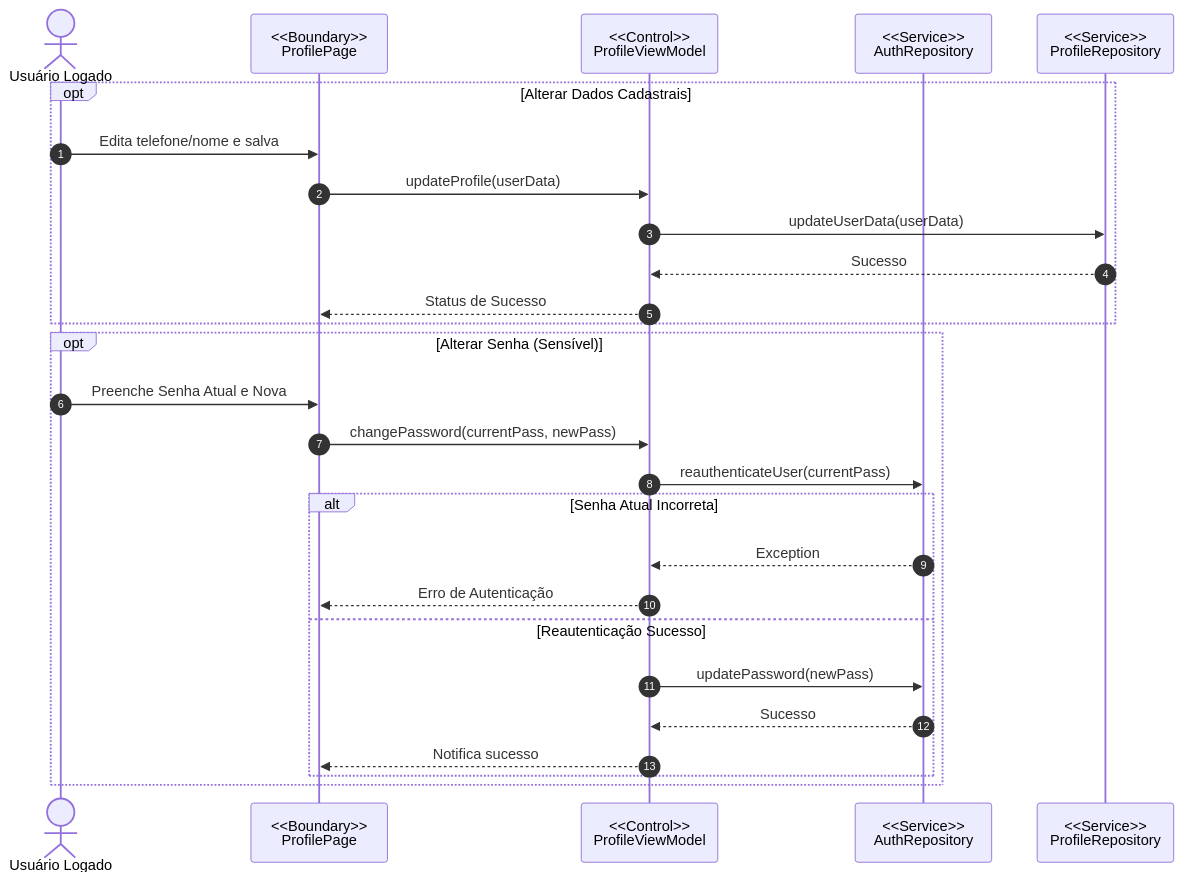
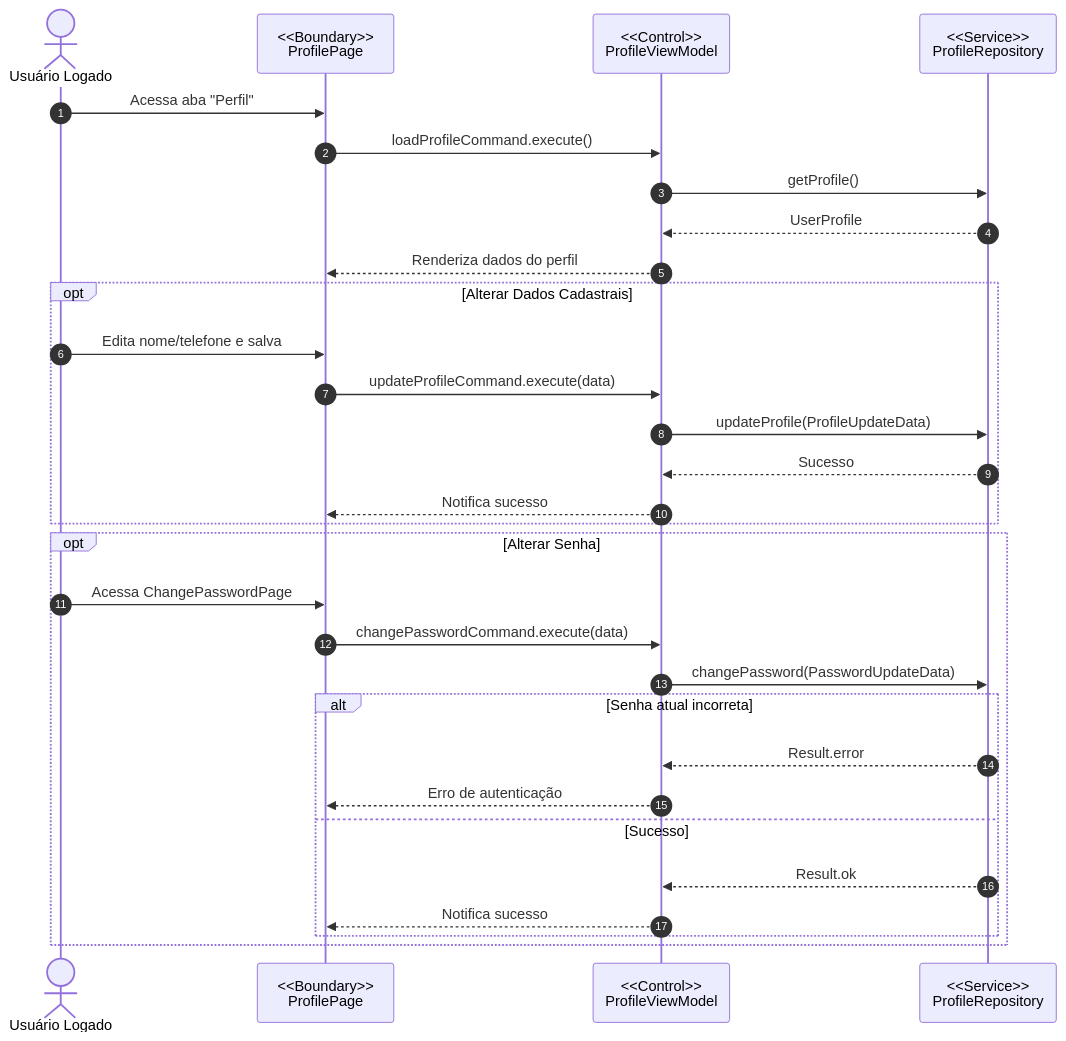
One commit to leandromesq/anasoil changed the sixth of 7 diagrams in docs/documentacao_anasoil.md. Above: the diagram before and after it, drawn with Mermaid. The commit also changed other lines of this file and 1 other file, not shown here.

Commit message:
Revise docs architecture and delete CI workflow

````diff
--- a/docs/documentacao_anasoil.md
+++ b/docs/documentacao_anasoil.md
@@ -235,32 +515,36 @@
 ```mermaid
 sequenceDiagram
     autonumber
     actor A as Usuário Logado
     participant UI as <<Boundary>><br>ProfilePage
     participant VM as <<Control>><br>ProfileViewModel
-    participant Auth as <<Service>><br>AuthRepository
     participant Repo as <<Service>><br>ProfileRepository
 
+    A->>UI: Acessa aba "Perfil"
+    UI->>VM: loadProfileCommand.execute()
+    VM->>Repo: getProfile()
+    Repo-->>VM: UserProfile
+    VM-->>UI: Renderiza dados do perfil
+
     opt Alterar Dados Cadastrais
-        A->>UI: Edita telefone/nome e salva
-        UI->>VM: updateProfile(userData)
-        VM->>Repo: updateUserData(userData)
+        A->>UI: Edita nome/telefone e salva
+        UI->>VM: updateProfileCommand.execute(data)
+        VM->>Repo: updateProfile(ProfileUpdateData)
         Repo-->>VM: Sucesso
-        VM-->>UI: Status de Sucesso
+        VM-->>UI: Notifica sucesso
     end
 
-    opt Alterar Senha (Sensível)
-        A->>UI: Preenche Senha Atual e Nova
-        UI->>VM: changePassword(currentPass, newPass)
-        VM->>Auth: reauthenticateUser(currentPass)
+    opt Alterar Senha
+        A->>UI: Acessa ChangePasswordPage
+        UI->>VM: changePasswordCommand.execute(data)
+        VM->>Repo: changePassword(PasswordUpdateData)
         
-        alt Senha Atual Incorreta
-            Auth-->>VM: Exception
-            VM-->>UI: Erro de Autenticação
-        else Reautenticação Sucesso
-            VM->>Auth: updatePassword(newPass)
-            Auth-->>VM: Sucesso
+        alt Senha atual incorreta
+            Repo-->>VM: Result.error
+            VM-->>UI: Erro de autenticação
+        else Sucesso
+            Repo-->>VM: Result.ok
             VM-->>UI: Notifica sucesso
         end
     end
 ```
````
